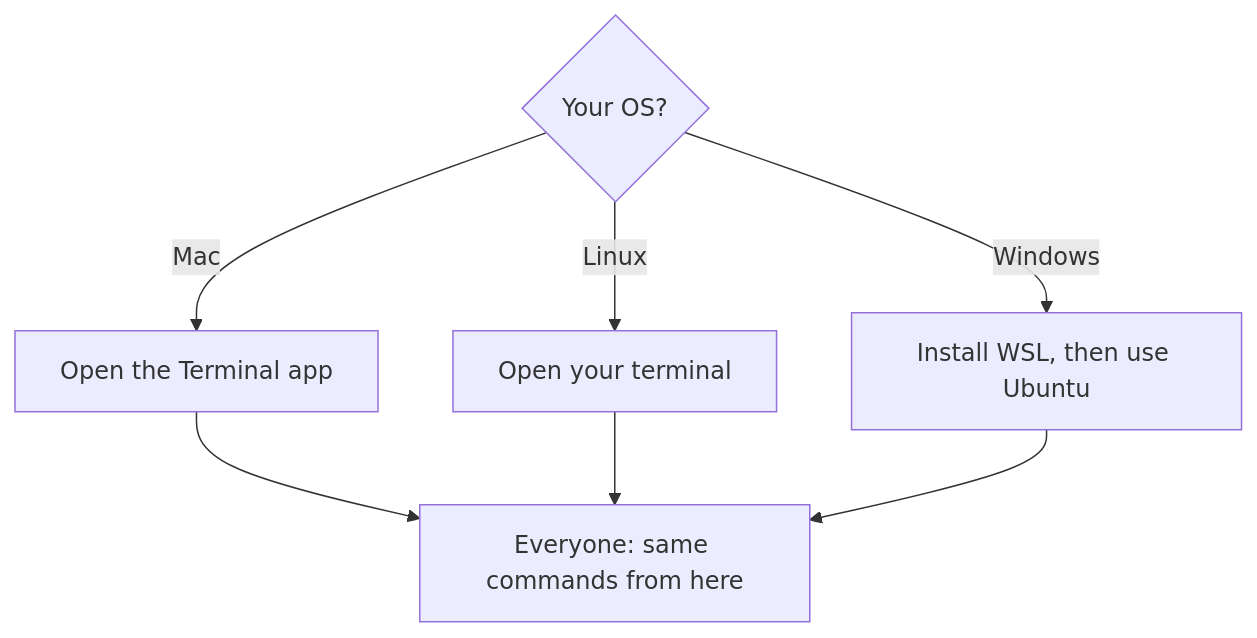
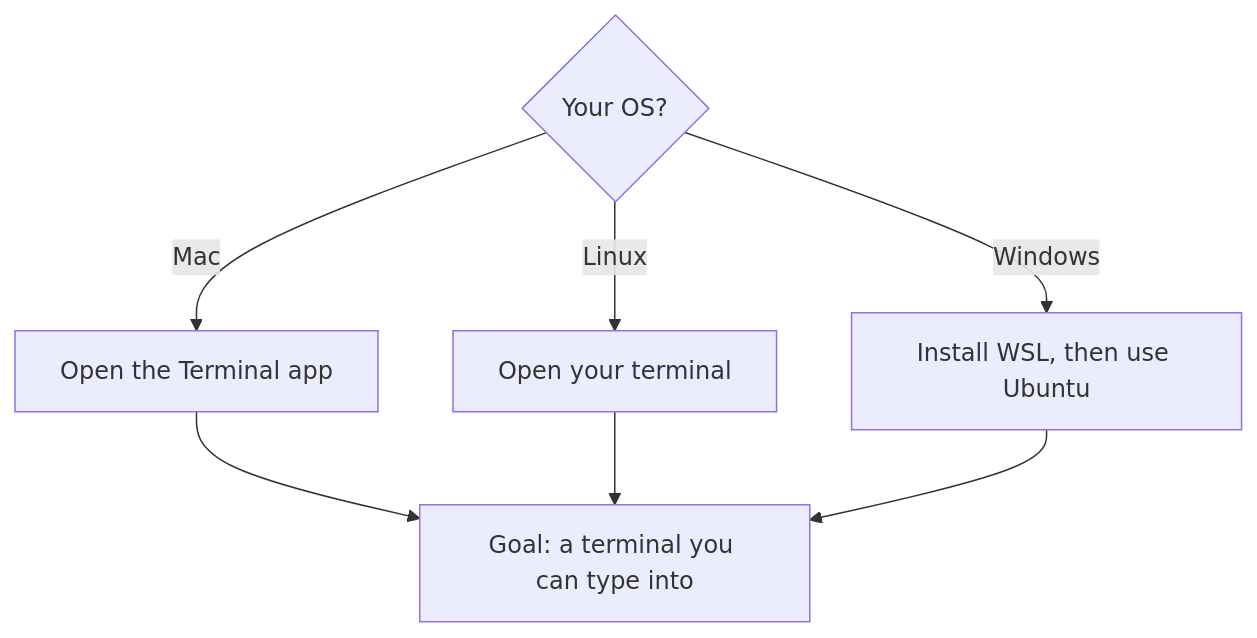
The diagram in docs/pt/lessons/a02.md (KakkoiDev/izumo-io), drawn with Mermaid before and after one commit. The commit also changed other lines of this file and 68 other files, not shown here.

````diff
--- a/docs/pt/lessons/a02.md
+++ b/docs/pt/lessons/a02.md
@@ -28,9 +19,9 @@
 ```mermaid
 flowchart TD
     Q{Your OS?} -->|Mac| M[Open the Terminal app]
     Q -->|Linux| L[Open your terminal]
     Q -->|Windows| W[Install WSL, then use Ubuntu]
-    M --> Same[Everyone: same commands from here]
+    M --> Same[Goal: a terminal you can type into]
     L --> Same
     W --> Same
 ```
````
